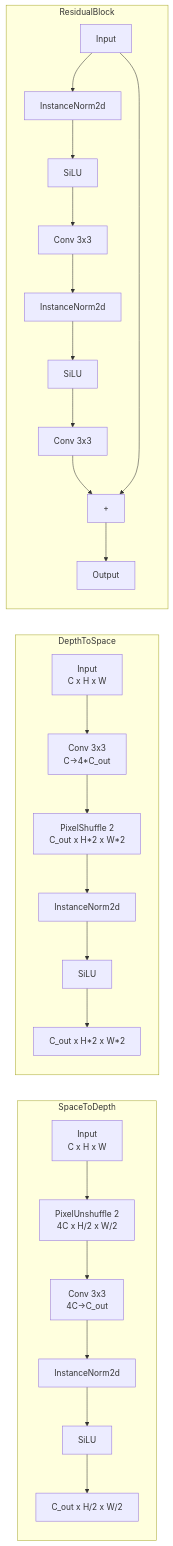
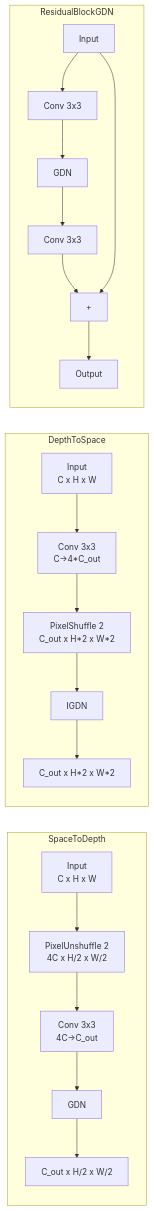
Before and after one commit to novvoo/kakeya-vae: the seventh of 17 diagrams in docs/architecture.md, drawn with Mermaid. The commit also changed other lines of this file and 9 other files, not shown here.

````diff
--- a/docs/architecture.md
+++ b/docs/architecture.md
@@ -316,30 +300,25 @@
 ```mermaid
 graph LR
     subgraph SpaceToDepth
         A[Input<br/>C x H x W] --> PU[PixelUnshuffle 2<br/>4C x H/2 x W/2]
         PU --> C1[Conv 3x3<br/>4C→C_out]
-        C1 --> IN1[InstanceNorm2d]
-        IN1 --> AC1[SiLU]
-        AC1 --> OUT1[C_out x H/2 x W/2]
+        C1 --> GDN1[GDN]
+        GDN1 --> OUT1[C_out x H/2 x W/2]
     end
 
     subgraph DepthToSpace
         B[Input<br/>C x H x W] --> C2[Conv 3x3<br/>C→4*C_out]
         C2 --> PS[PixelShuffle 2<br/>C_out x H*2 x W*2]
-        PS --> IN2[InstanceNorm2d]
-        IN2 --> AC2[SiLU]
-        AC2 --> OUT2[C_out x H*2 x W*2]
+        PS --> IGDN[IGDN]
+        IGDN --> OUT2[C_out x H*2 x W*2]
     end
 
-    subgraph ResidualBlock
-        C[Input] --> IN3[InstanceNorm2d]
-        IN3 --> AC3[SiLU]
-        AC3 --> C3[Conv 3x3]
-        C3 --> IN4[InstanceNorm2d]
-        IN4 --> AC4[SiLU]
-        AC4 --> C4[Conv 3x3]
+    subgraph ResidualBlockGDN
+        C[Input] --> C3[Conv 3x3]
+        C3 --> GDN2[GDN]
+        GDN2 --> C4[Conv 3x3]
         C4 --> ADD[+]
         C --> ADD
         ADD --> OUT3[Output]
     end
 ```
````
